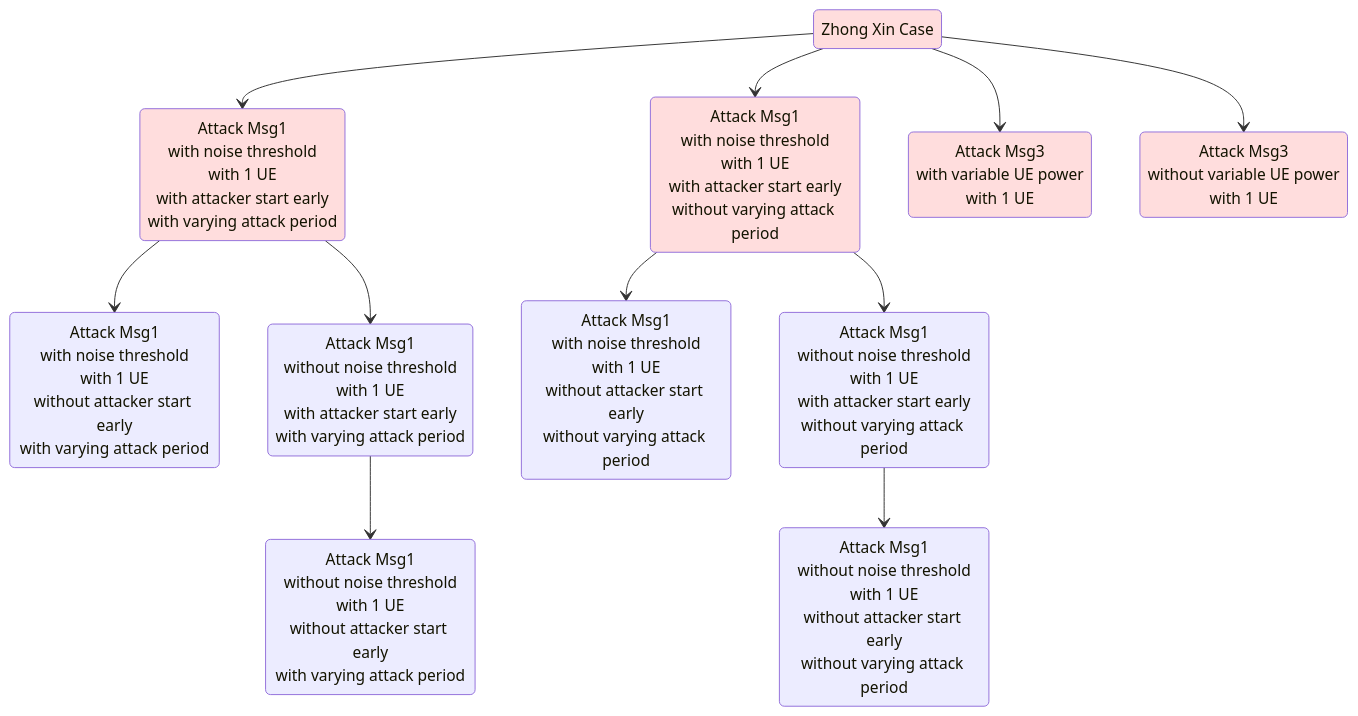
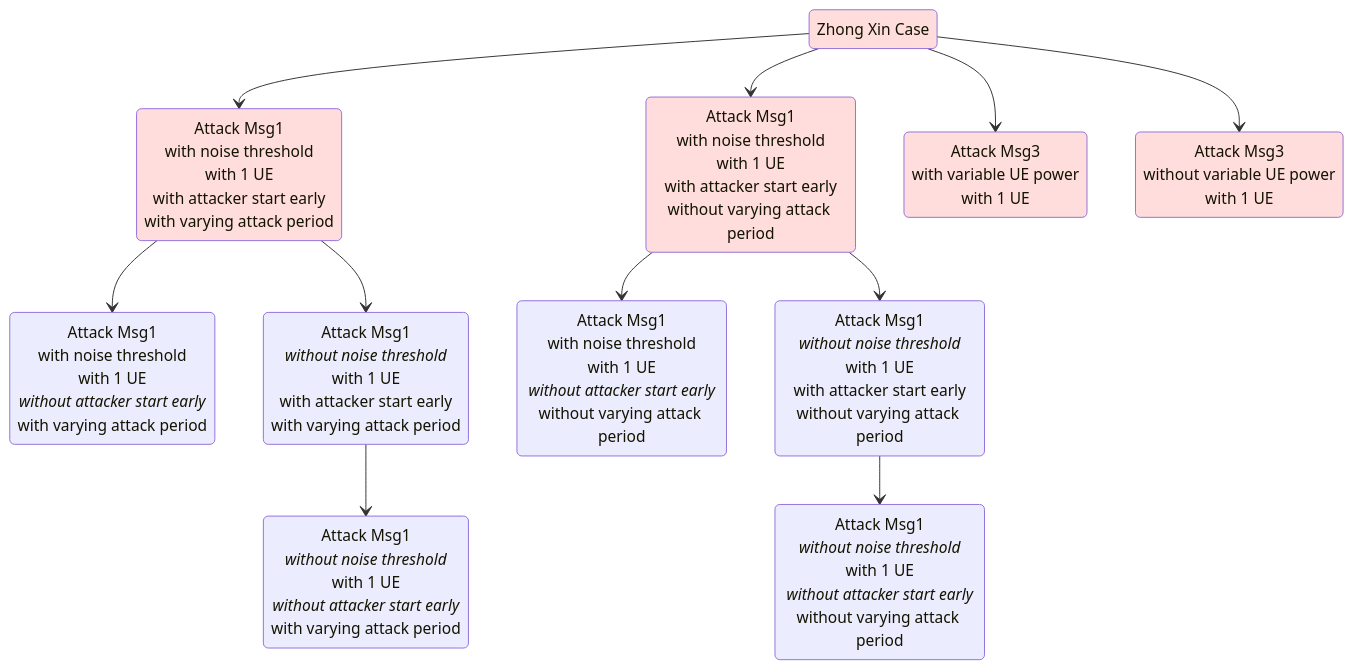
One commit to bmw-ece-ntust/wilfrid-prach-attack-analysis changed the second of 4 diagrams in docs/20250307 Thesis (PRACH Attack Problem Definition).md. Above: the diagram before and after it, drawn with Mermaid.

Commit message:
Update 20250307 Thesis (PRACH Attack Problem Definition).md

````diff
--- a/docs/20250307 Thesis (PRACH Attack Problem Definition).md
+++ b/docs/20250307 Thesis (PRACH Attack Problem Definition).md
@@ -152,34 +152,34 @@
 ```mermaid
 stateDiagram-v2
     classDef zhongXinCase fill:#fdd
 
     s1: Zhong Xin Case
     
     s13: Attack Msg3<br>with variable UE power<br>with 1 UE
     s15: Attack Msg3<br>without variable UE power<br>with 1 UE
 
     s25: Attack Msg1<br>with noise threshold<br>with 1 UE<br>with attacker start early<br>with varying attack period
     s26: Attack Msg1<br>with noise threshold<br>with 1 UE<br>with attacker start early<br>without varying attack period
-    s27: Attack Msg1<br>with noise threshold<br>with 1 UE<br>without attacker start early<br>with varying attack period
-    s28: Attack Msg1<br>with noise threshold<br>with 1 UE<br>without attacker start early<br>without varying attack period
+    s27: Attack Msg1<br>with noise threshold<br>with 1 UE<br>*without attacker start early*<br>with varying attack period
+    s28: Attack Msg1<br>with noise threshold<br>with 1 UE<br>*without attacker start early*<br>without varying attack period
 
-    s33: Attack Msg1<br>without noise threshold<br>with 1 UE<br>with attacker start early<br>with varying attack period
-    s34: Attack Msg1<br>without noise threshold<br>with 1 UE<br>with attacker start early<br>without varying attack period
-    s35: Attack Msg1<br>without noise threshold<br>with 1 UE<br>without attacker start early<br>with varying attack period
-    s36: Attack Msg1<br>without noise threshold<br>with 1 UE<br>without attacker start early<br>without varying attack period
+    s33: Attack Msg1<br>*without noise threshold*<br>with 1 UE<br>with attacker start early<br>with varying attack period
+    s34: Attack Msg1<br>*without noise threshold*<br>with 1 UE<br>with attacker start early<br>without varying attack period
+    s35: Attack Msg1<br>*without noise threshold*<br>with 1 UE<br>*without attacker start early*<br>with varying attack period
+    s36: Attack Msg1<br>*without noise threshold*<br>with 1 UE<br>*without attacker start early*<br>without varying attack period
 
     s1 --> s25
     s1 --> s26
     s1 --> s13
     s1 --> s15
 
     s25 --> s27
     s25 --> s33
     s33 --> s35
 
     s26 --> s28
     s26 --> s34
     s34 --> s36
 
     class s1,s25,s26,s13,s15 zhongXinCase
 ```
````
